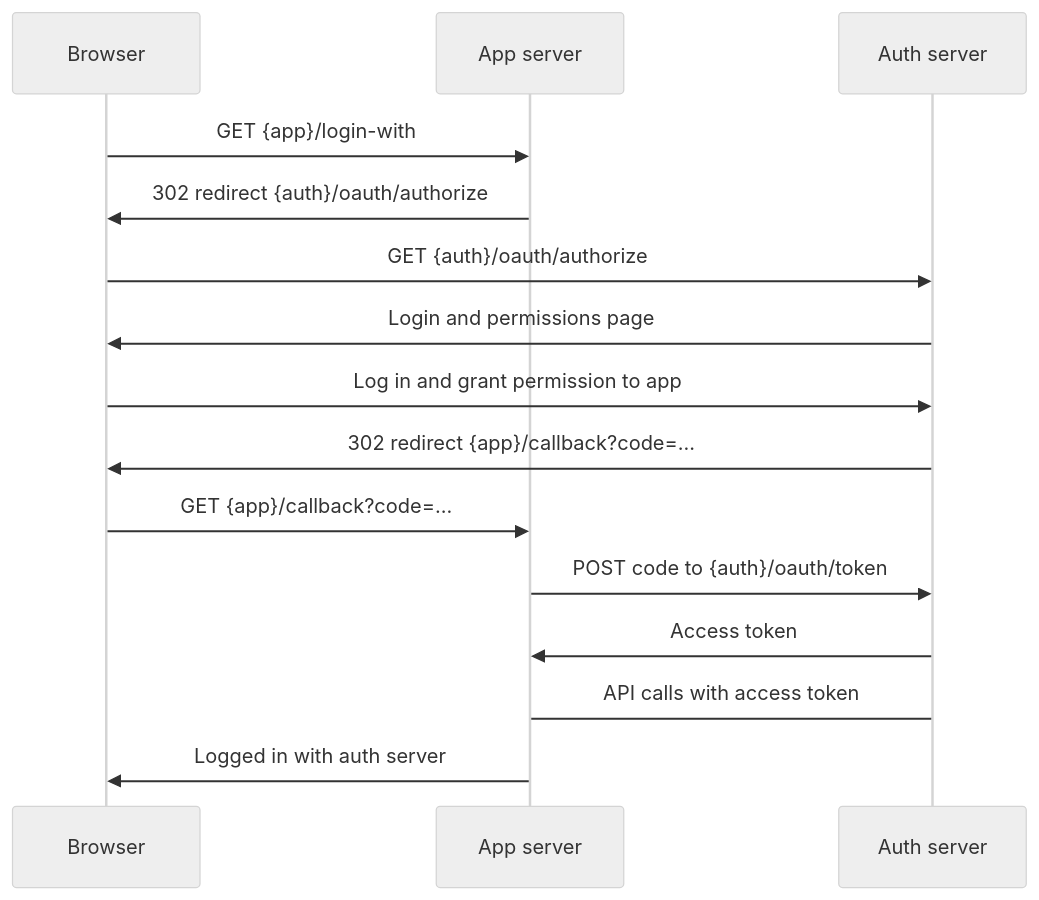
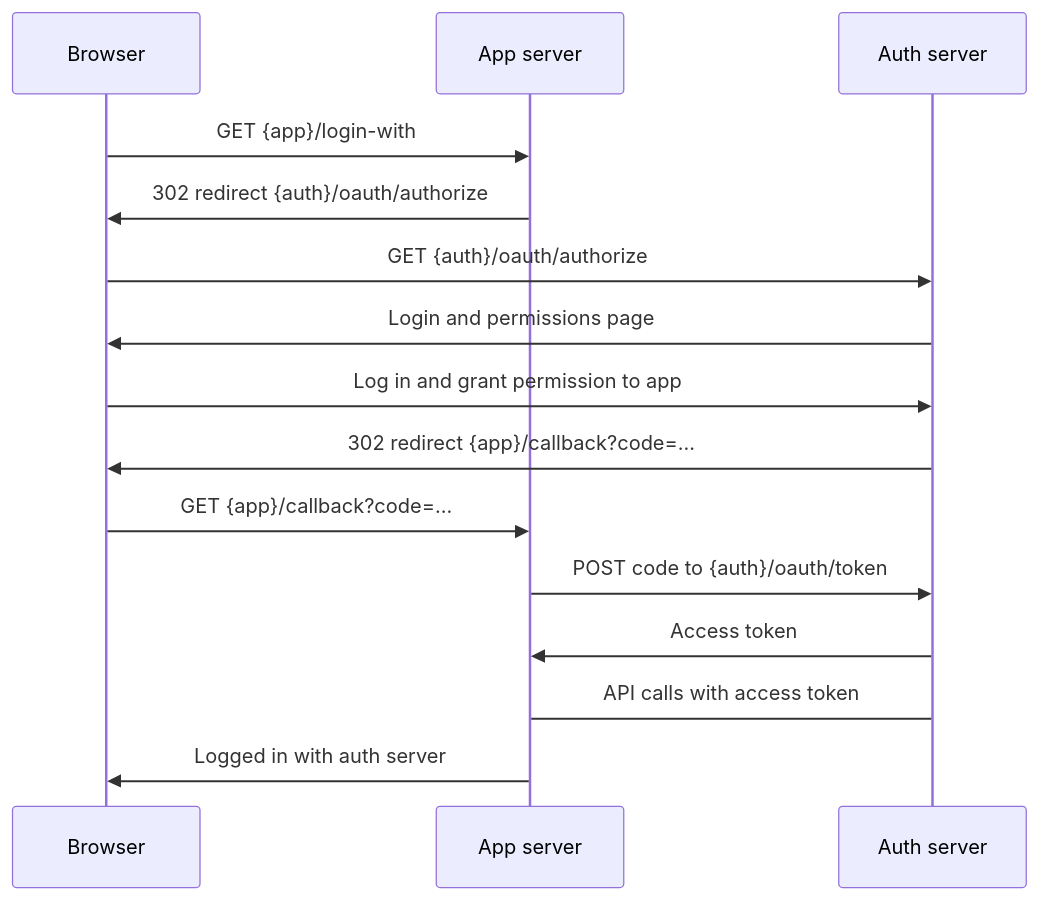
Before and after one commit to themichaelyang/tautology.town: the diagram in _posts/2025/2025-11-17-learning-oauth2.md, drawn with Mermaid. The commit also changed other lines of this file and 1 other file, not shown here.

Commit message:
use dark theme for mermaid.js in dark mode

```diff
--- a/_posts/2025/2025-11-17-learning-oauth2.md
+++ b/_posts/2025/2025-11-17-learning-oauth2.md
@@ -25,24 +26,23 @@
 <pre class="mermaid">
 ---
 config:
-  theme: 'neutral'
   fontFamily: system-ui, -apple-system, BlinkMacSystemFont, 'Segoe UI', Roboto, Oxygen, Ubuntu, Cantarell, 'Open Sans', 'Helvetica Neue', sans-serif;
   nodeSpacing: 20
   rankSpacing: 25
 ---
 sequenceDiagram
     participant Browser
     participant App as App server
     participant Auth as Auth server
     Browser->>App: GET {app}/login-with
     App->>Browser: 302 redirect {auth}/oauth/authorize
     Browser->>Auth: GET {auth}/oauth/authorize
     Auth->>Browser: Login and permissions page
     Browser->>Auth: Log in and grant permission to app
     Auth->>Browser: 302 redirect {app}/callback?code=...
     Browser->>App: GET {app}/callback?code=...
     App->>Auth: POST code to {auth}/oauth/token
     Auth->>App: Access token
     App->Auth: API calls with access token
     App->>Browser: Logged in with auth server
 </pre>
```
